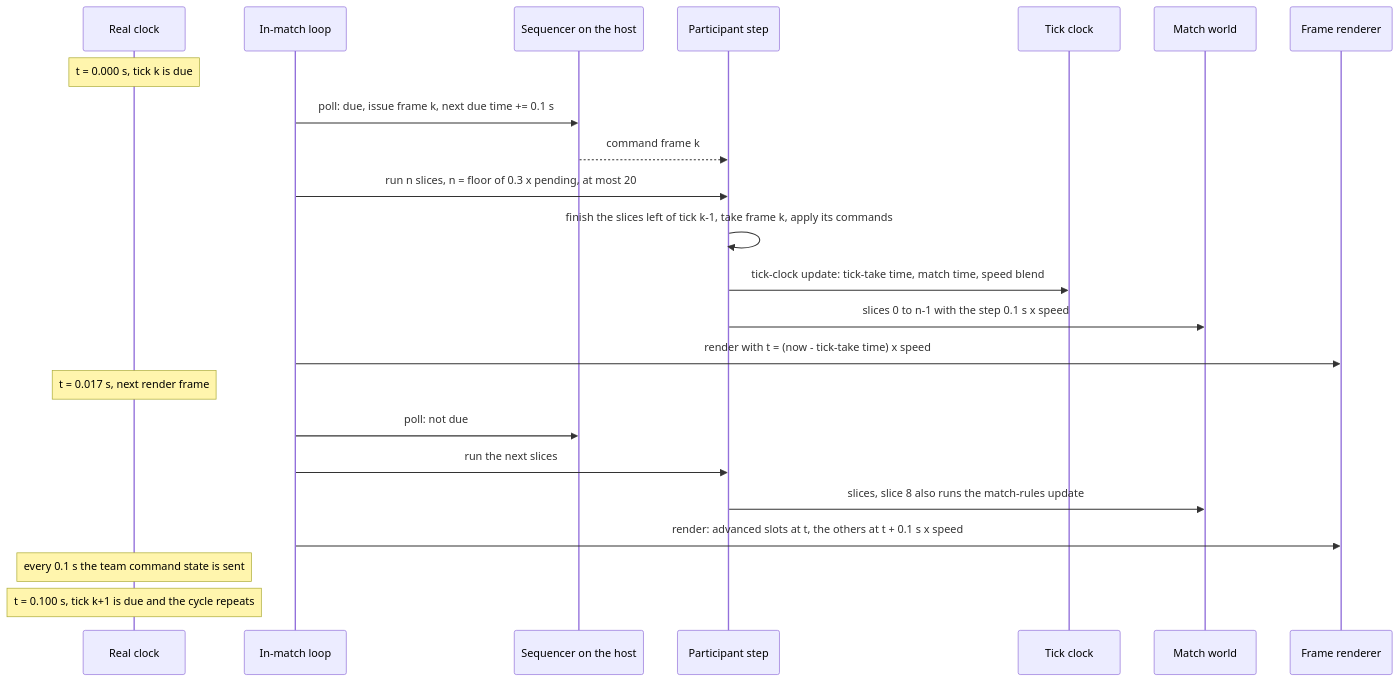
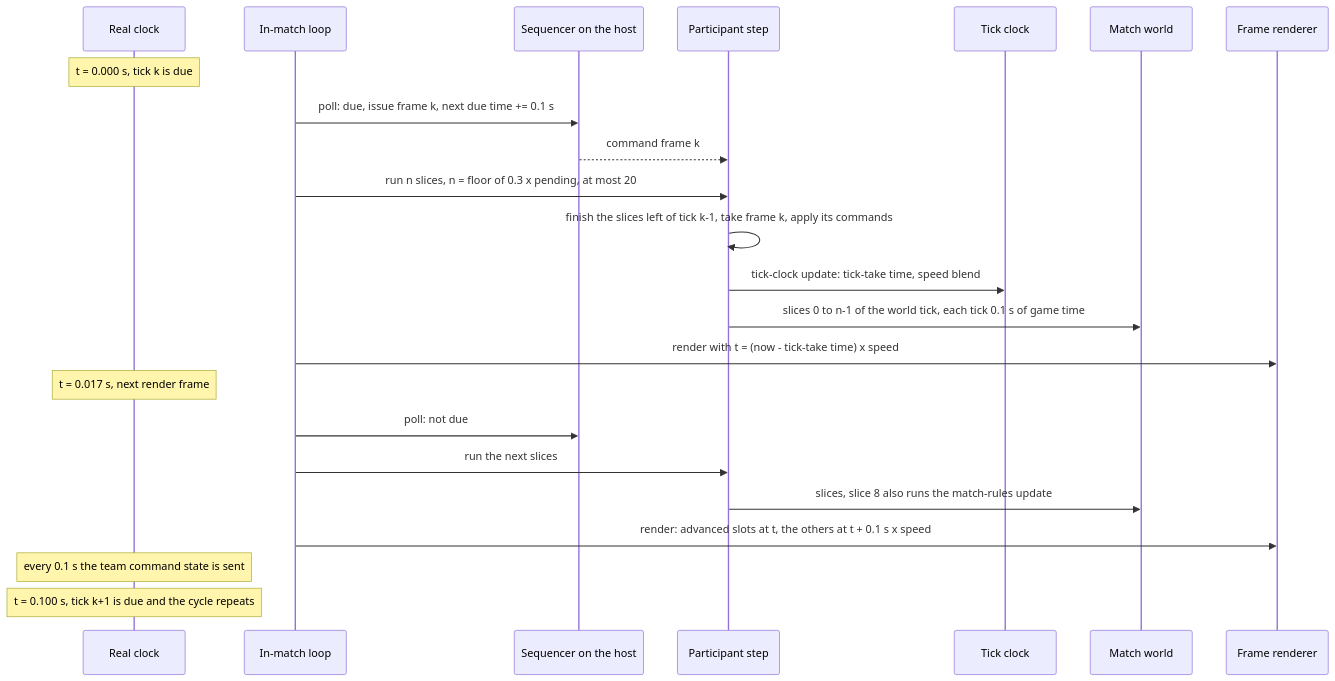
Before and after one commit to Zwaliebaba/Species.AI: the fifth of 5 diagrams in design_next/reference/12_simulation_model/01_tick_timing_and_main_loop.md, drawn with Mermaid. The commit also changed other lines of this file and 50 other files, not shown here.

````diff
--- a/design_next/reference/12_simulation_model/01_tick_timing_and_main_loop.md
+++ b/design_next/reference/12_simulation_model/01_tick_timing_and_main_loop.md
@@ -357,25 +357,25 @@
 ```mermaid
 sequenceDiagram
   participant W as Real clock
   participant M as In-match loop
   participant Q as Sequencer on the host
   participant P as Participant step
   participant T as Tick clock
   participant X as Match world
   participant R as Frame renderer
   Note over W: t = 0.000 s, tick k is due
   M->>Q: poll: due, issue frame k, next due time += 0.1 s
   Q-->>P: command frame k
   M->>P: run n slices, n = floor of 0.3 x pending, at most 20
   P->>P: finish the slices left of tick k-1, take frame k, apply its commands
-  P->>T: tick-clock update: tick-take time, match time, speed blend
-  P->>X: slices 0 to n-1 with the step 0.1 s x speed
+  P->>T: tick-clock update: tick-take time, speed blend
+  P->>X: slices 0 to n-1 of the world tick, each tick 0.1 s of game time
   M->>R: render with t = (now - tick-take time) x speed
   Note over W: t = 0.017 s, next render frame
   M->>Q: poll: not due
   M->>P: run the next slices
   P->>X: slices, slice 8 also runs the match-rules update
   M->>R: render: advanced slots at t, the others at t + 0.1 s x speed
   Note over W: every 0.1 s the team command state is sent
   Note over W: t = 0.100 s, tick k+1 is due and the cycle repeats
 ```
````
